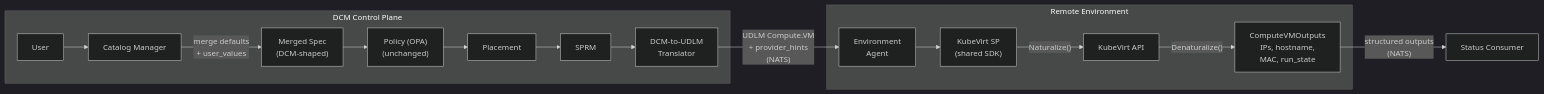
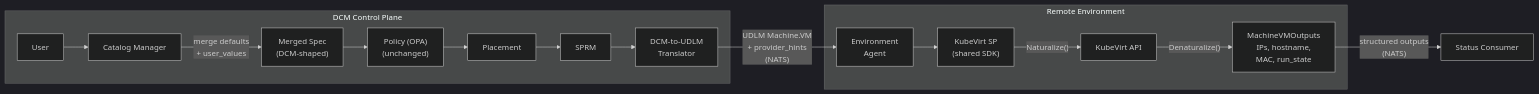
One commit to dcm-project/enhancements changed the second of 2 diagrams in enhancements/dcm-udlm-alignment/dcm-udlm-alignment.md. Above: the diagram before and after it, drawn with Mermaid (dark theme). The commit also changed other lines of this file, not shown here.

First line of the commit message:
Update Compute.VM to Machine.VM per UDLM ADR-068/069

````diff
--- a/enhancements/dcm-udlm-alignment/dcm-udlm-alignment.md
+++ b/enhancements/dcm-udlm-alignment/dcm-udlm-alignment.md
@@ -252,20 +252,20 @@
 ```mermaid
 flowchart LR
     subgraph cp [DCM Control Plane]
         User --> CatalogMgr["Catalog Manager"]
         CatalogMgr -->|"merge defaults\n+ user_values"| Spec["Merged Spec\n(DCM-shaped)"]
         Spec --> OPA["Policy (OPA)\n(unchanged)"]
         OPA --> Placement
         Placement --> SPRM
         SPRM --> Translator["DCM-to-UDLM\nTranslator"]
     end
 
     subgraph env [Remote Environment]
         Agent["Environment\nAgent"] --> KubevirtSP["KubeVirt SP\n(shared SDK)"]
         KubevirtSP -->|"Naturalize()"| KubeVirtAPI["KubeVirt API"]
-        KubeVirtAPI -->|"Denaturalize()"| Outputs["ComputeVMOutputs\nIPs, hostname,\nMAC, run_state"]
+        KubeVirtAPI -->|"Denaturalize()"| Outputs["MachineVMOutputs\nIPs, hostname,\nMAC, run_state"]
     end
 
-    Translator -->|"UDLM Compute.VM\n+ provider_hints\n(NATS)"| Agent
+    Translator -->|"UDLM Machine.VM\n+ provider_hints\n(NATS)"| Agent
     Outputs -->|"structured outputs\n(NATS)"| StatusConsumer["Status Consumer"]
 ```
````
